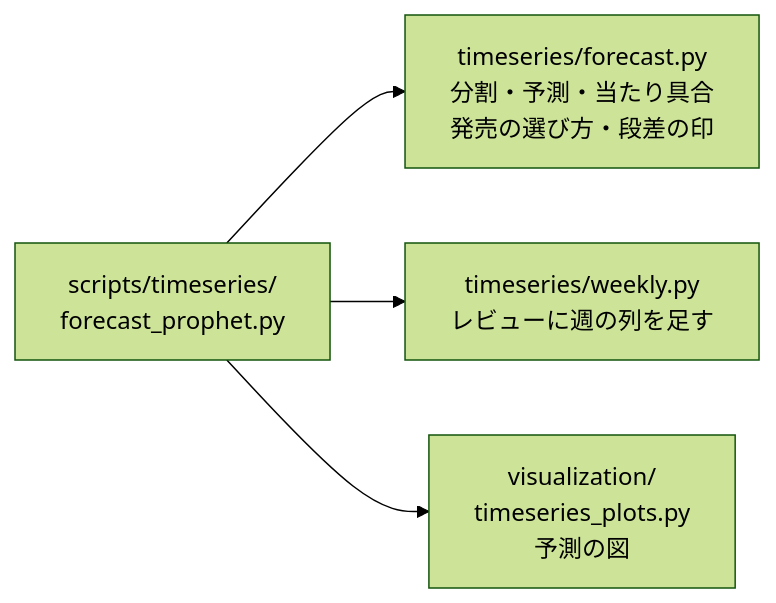
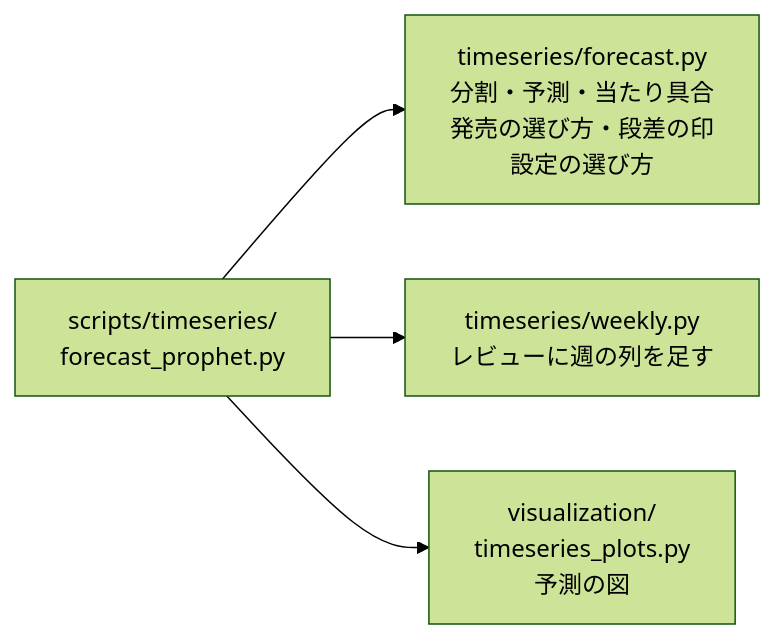
The fifth of 5 diagrams in src/README.md (rindguitar/game-demand-forecast), drawn with Mermaid (forest theme) before and after one commit. The commit also changed other lines of this file and 9 other files, not shown here.

````diff
--- a/src/README.md
+++ b/src/README.md
@@ -92,6 +92,6 @@
 ```mermaid
 flowchart LR
-    FP["scripts/timeseries/<br/>forecast_prophet.py"] --> FC["timeseries/forecast.py<br/>分割・予測・当たり具合<br/>発売の選び方・段差の印"]
+    FP["scripts/timeseries/<br/>forecast_prophet.py"] --> FC["timeseries/forecast.py<br/>分割・予測・当たり具合<br/>発売の選び方・段差の印<br/>設定の選び方"]
     FP --> WK["timeseries/weekly.py<br/>レビューに週の列を足す"]
     FP --> TP["visualization/<br/>timeseries_plots.py<br/>予測の図"]
 ```
````
